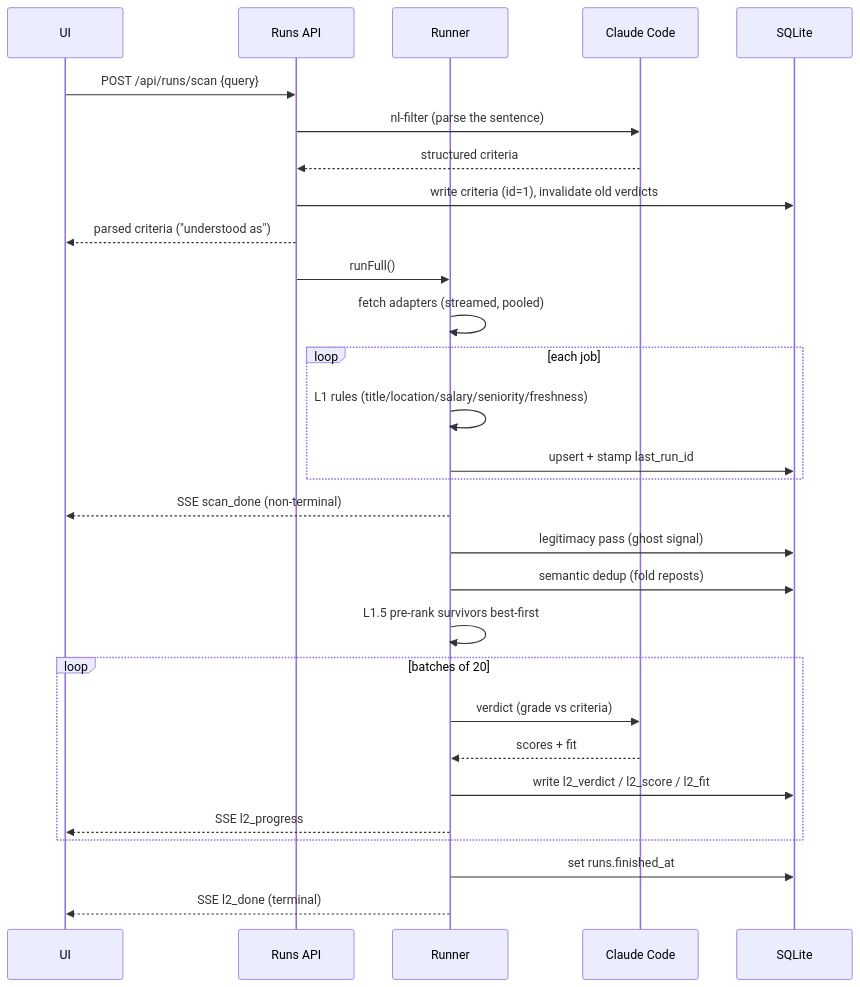
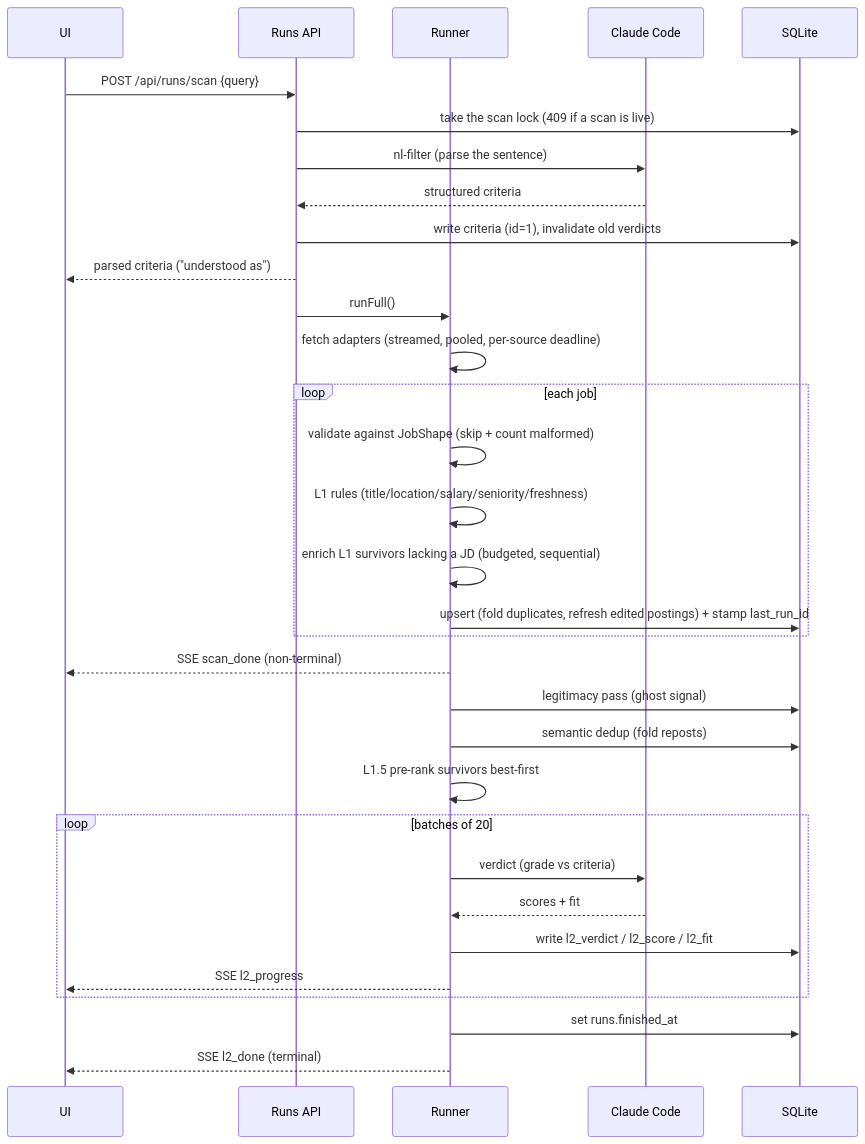
Before and after one commit to noobiethe13/lantern: the second of 2 diagrams in docs/architecture.md, drawn with Mermaid. The commit also changed other lines of this file and 112 other files, not shown here.

````diff
--- a/docs/architecture.md
+++ b/docs/architecture.md
@@ -62,34 +66,37 @@
 ```mermaid
 sequenceDiagram
     participant U as UI
     participant API as Runs API
     participant R as Runner
     participant LLM as Claude Code
     participant DB as SQLite
 
     U->>API: POST /api/runs/scan {query}
+    API->>DB: take the scan lock (409 if a scan is live)
     API->>LLM: nl-filter (parse the sentence)
     LLM-->>API: structured criteria
     API->>DB: write criteria (id=1), invalidate old verdicts
     API-->>U: parsed criteria ("understood as")
     API->>R: runFull()
 
-    R->>R: fetch adapters (streamed, pooled)
+    R->>R: fetch adapters (streamed, pooled, per-source deadline)
     loop each job
+        R->>R: validate against JobShape (skip + count malformed)
         R->>R: L1 rules (title/location/salary/seniority/freshness)
-        R->>DB: upsert + stamp last_run_id
+        R->>R: enrich L1 survivors lacking a JD (budgeted, sequential)
+        R->>DB: upsert (fold duplicates, refresh edited postings) + stamp last_run_id
     end
     R-->>U: SSE scan_done (non-terminal)
 
     R->>DB: legitimacy pass (ghost signal)
     R->>DB: semantic dedup (fold reposts)
     R->>R: L1.5 pre-rank survivors best-first
     loop batches of 20
         R->>LLM: verdict (grade vs criteria)
         LLM-->>R: scores + fit
         R->>DB: write l2_verdict / l2_score / l2_fit
         R-->>U: SSE l2_progress
     end
     R->>DB: set runs.finished_at
     R-->>U: SSE l2_done (terminal)
 ```
````
